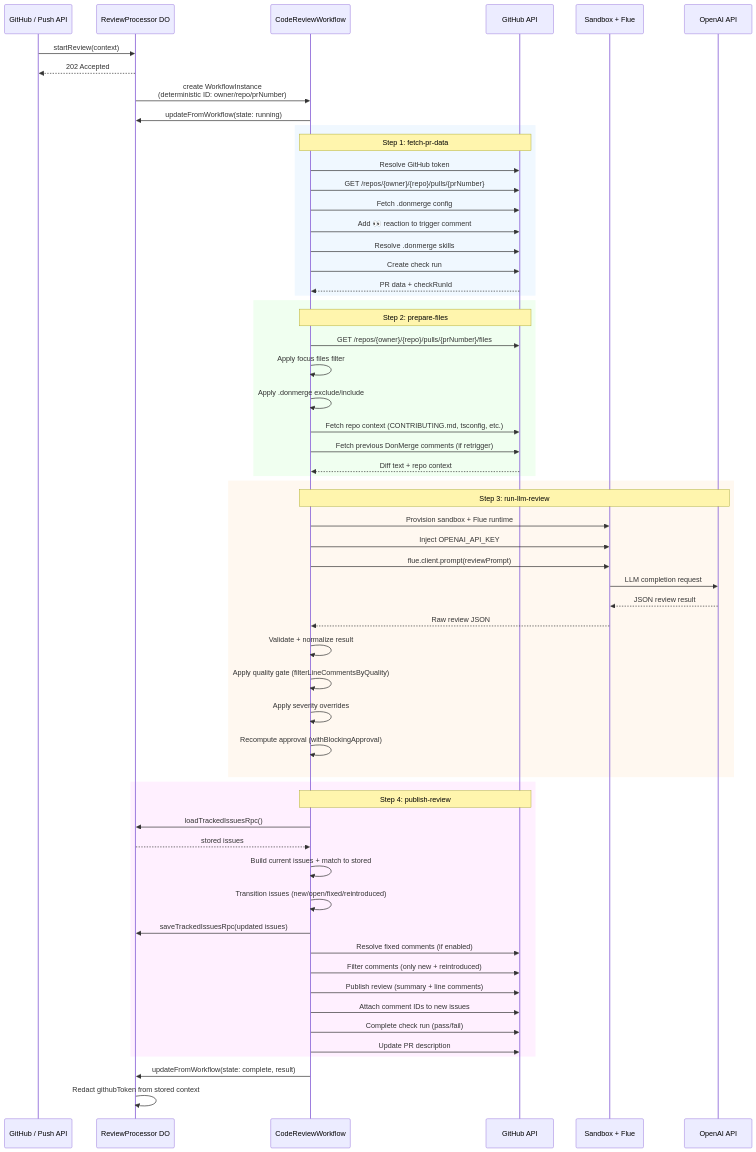
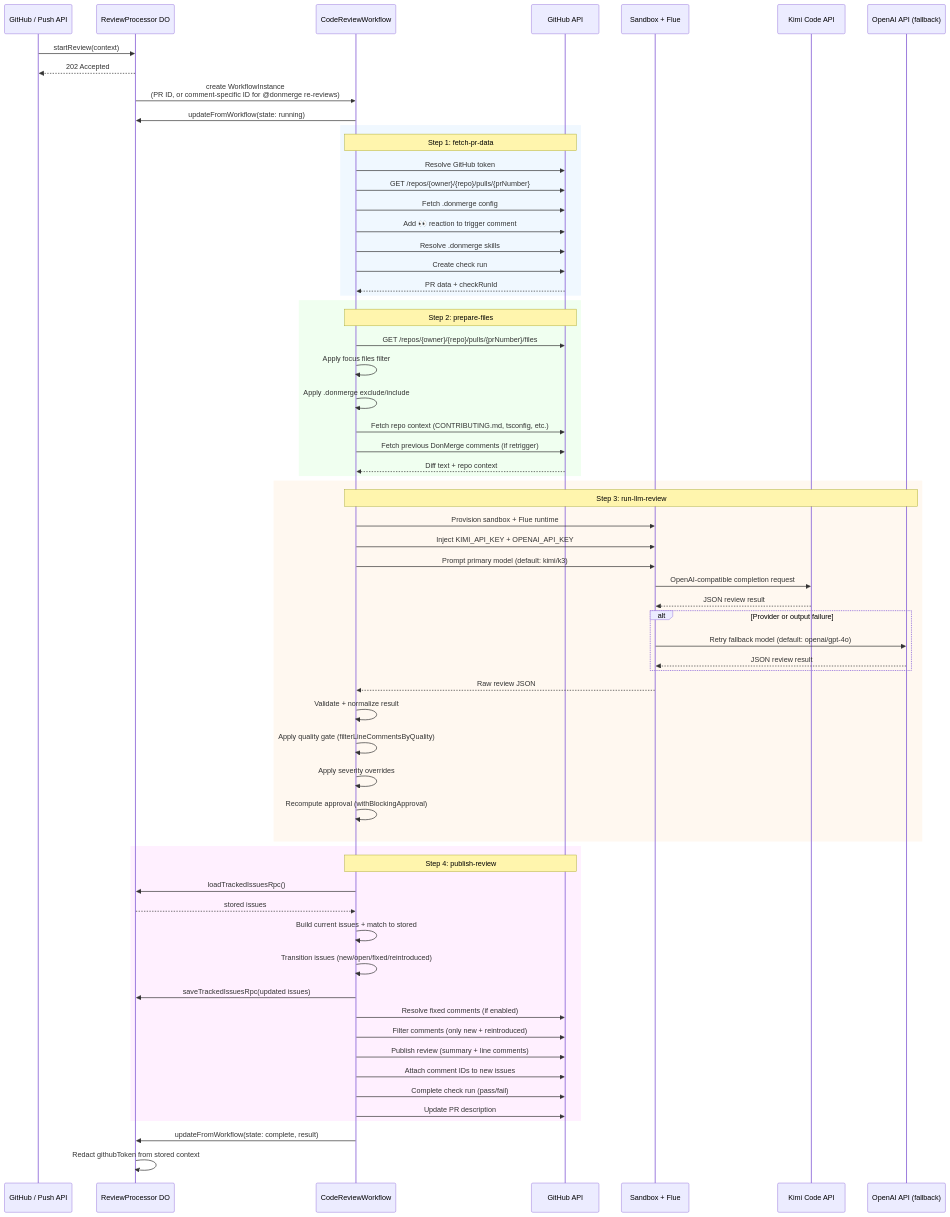
The second of 7 diagrams in docs/ARCHITECTURE.md (mauroziux/donmerge), drawn with Mermaid before and after one commit. The commit also changed other lines of this file and 3 other files, not shown here.

Commit message:
docs: document Kimi provider migration and review operations

````diff
--- a/docs/ARCHITECTURE.md
+++ b/docs/ARCHITECTURE.md
@@ -87,69 +89,74 @@
 ```mermaid
 sequenceDiagram
     participant GH as GitHub / Push API
     participant DO as ReviewProcessor DO
     participant WF as CodeReviewWorkflow
     participant GA as GitHub API
     participant SB as Sandbox + Flue
-    participant OAI as OpenAI API
+    participant KIMI as Kimi Code API
+    participant OAI as OpenAI API (fallback)
 
     GH->>DO: startReview(context)
     DO-->>GH: 202 Accepted
 
-    DO->>WF: create WorkflowInstance<br/>(deterministic ID: owner/repo/prNumber)
+    DO->>WF: create WorkflowInstance<br/>(PR ID, or comment-specific ID for @donmerge re-reviews)
 
     WF->>DO: updateFromWorkflow(state: running)
 
     rect rgb(240, 248, 255)
         Note over WF,GA: Step 1: fetch-pr-data
         WF->>GA: Resolve GitHub token
         WF->>GA: GET /repos/{owner}/{repo}/pulls/{prNumber}
         WF->>GA: Fetch .donmerge config
         WF->>GA: Add 👀 reaction to trigger comment
         WF->>GA: Resolve .donmerge skills
         WF->>GA: Create check run
         GA-->>WF: PR data + checkRunId
     end
 
     rect rgb(240, 255, 240)
         Note over WF,GA: Step 2: prepare-files
         WF->>GA: GET /repos/{owner}/{repo}/pulls/{prNumber}/files
         WF->>WF: Apply focus files filter
         WF->>WF: Apply .donmerge exclude/include
         WF->>GA: Fetch repo context (CONTRIBUTING.md, tsconfig, etc.)
         WF->>GA: Fetch previous DonMerge comments (if retrigger)
         GA-->>WF: Diff text + repo context
     end
 
     rect rgb(255, 248, 240)
         Note over WF,OAI: Step 3: run-llm-review
         WF->>SB: Provision sandbox + Flue runtime
-        WF->>SB: Inject OPENAI_API_KEY
-        WF->>SB: flue.client.prompt(reviewPrompt)
-        SB->>OAI: LLM completion request
-        OAI-->>SB: JSON review result
+        WF->>SB: Inject KIMI_API_KEY + OPENAI_API_KEY
+        WF->>SB: Prompt primary model (default: kimi/k3)
+        SB->>KIMI: OpenAI-compatible completion request
+        KIMI-->>SB: JSON review result
+        alt Provider or output failure
+            SB->>OAI: Retry fallback model (default: openai/gpt-4o)
+            OAI-->>SB: JSON review result
+        end
         SB-->>WF: Raw review JSON
         WF->>WF: Validate + normalize result
         WF->>WF: Apply quality gate (filterLineCommentsByQuality)
         WF->>WF: Apply severity overrides
         WF->>WF: Recompute approval (withBlockingApproval)
     end
 
     rect rgb(255, 240, 255)
         Note over WF,GA: Step 4: publish-review
         WF->>DO: loadTrackedIssuesRpc()
         DO-->>WF: stored issues
         WF->>WF: Build current issues + match to stored
         WF->>WF: Transition issues (new/open/fixed/reintroduced)
         WF->>DO: saveTrackedIssuesRpc(updated issues)
         WF->>GA: Resolve fixed comments (if enabled)
         WF->>GA: Filter comments (only new + reintroduced)
         WF->>GA: Publish review (summary + line comments)
         WF->>GA: Attach comment IDs to new issues
         WF->>GA: Complete check run (pass/fail)
         WF->>GA: Update PR description
     end
 
     WF->>DO: updateFromWorkflow(state: complete, result)
     DO->>DO: Redact githubToken from stored context
 ```
````
